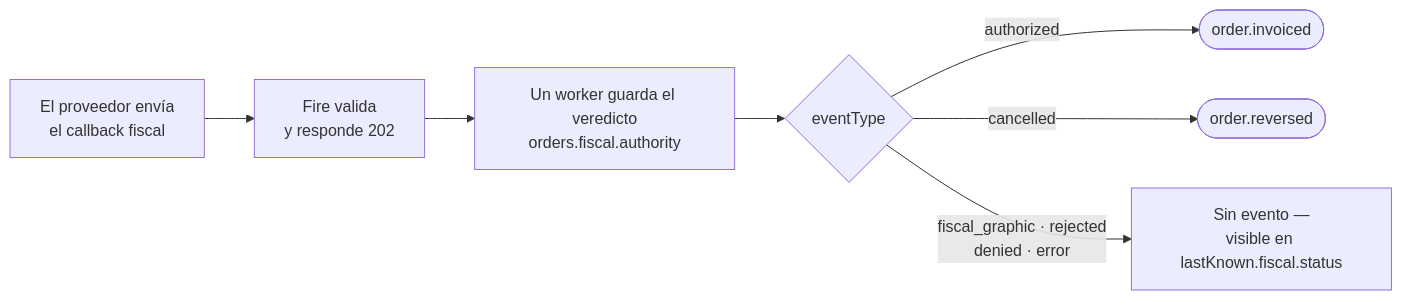
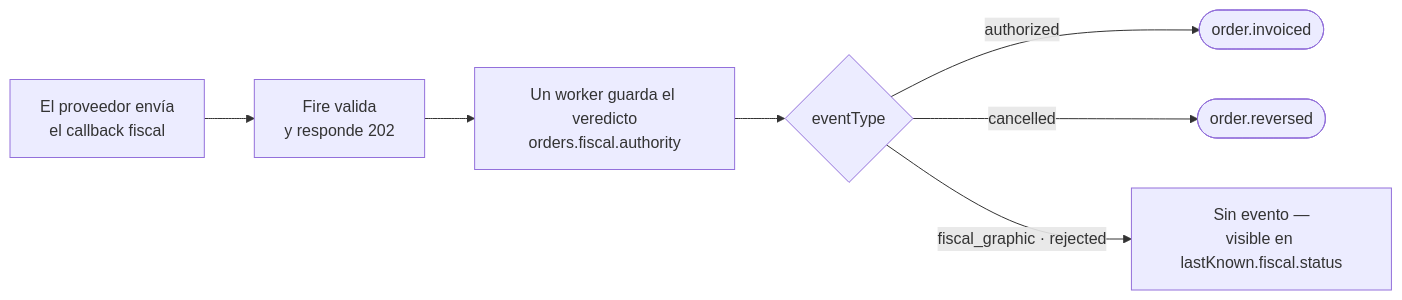
Before and after one commit to fire-rest/documentation: the diagram in es/fiscal/callback-to-events.mdx, drawn with Mermaid. The commit also changed other lines of this file and 11 other files, not shown here.

````diff
--- a/es/fiscal/callback-to-events.mdx
+++ b/es/fiscal/callback-to-events.mdx
@@ -12,9 +12,9 @@
 ```mermaid
 flowchart LR
     A[El proveedor envía<br/>el callback fiscal] --> B[Fire valida<br/>y responde 202]
     B --> C[Un worker guarda el veredicto<br/>orders.fiscal.authority]
     C --> D{eventType}
     D -- authorized --> E([order.invoiced])
     D -- cancelled --> F([order.reversed])
-    D -- fiscal_graphic · rejected<br/>denied · error --> G[Sin evento —<br/>visible en lastKnown.fiscal.status]
+    D -- fiscal_graphic · rejected --> G[Sin evento —<br/>visible en lastKnown.fiscal.status]
 ```
````
